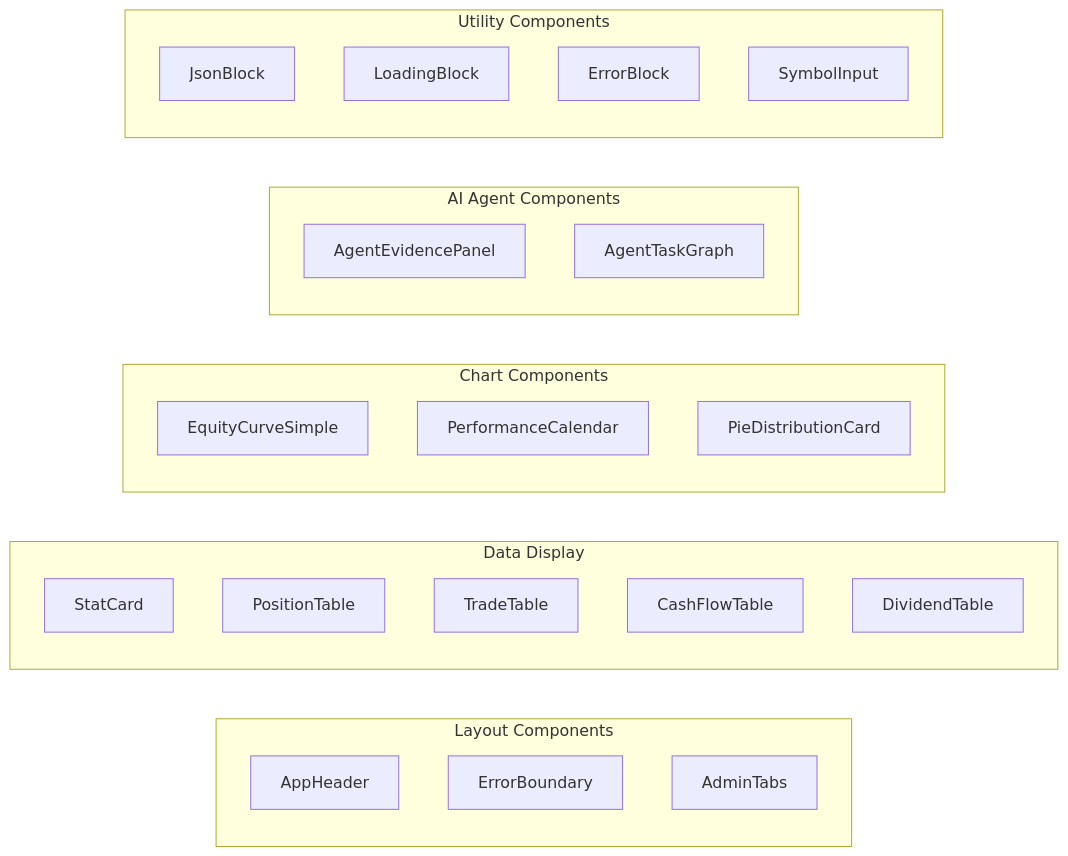
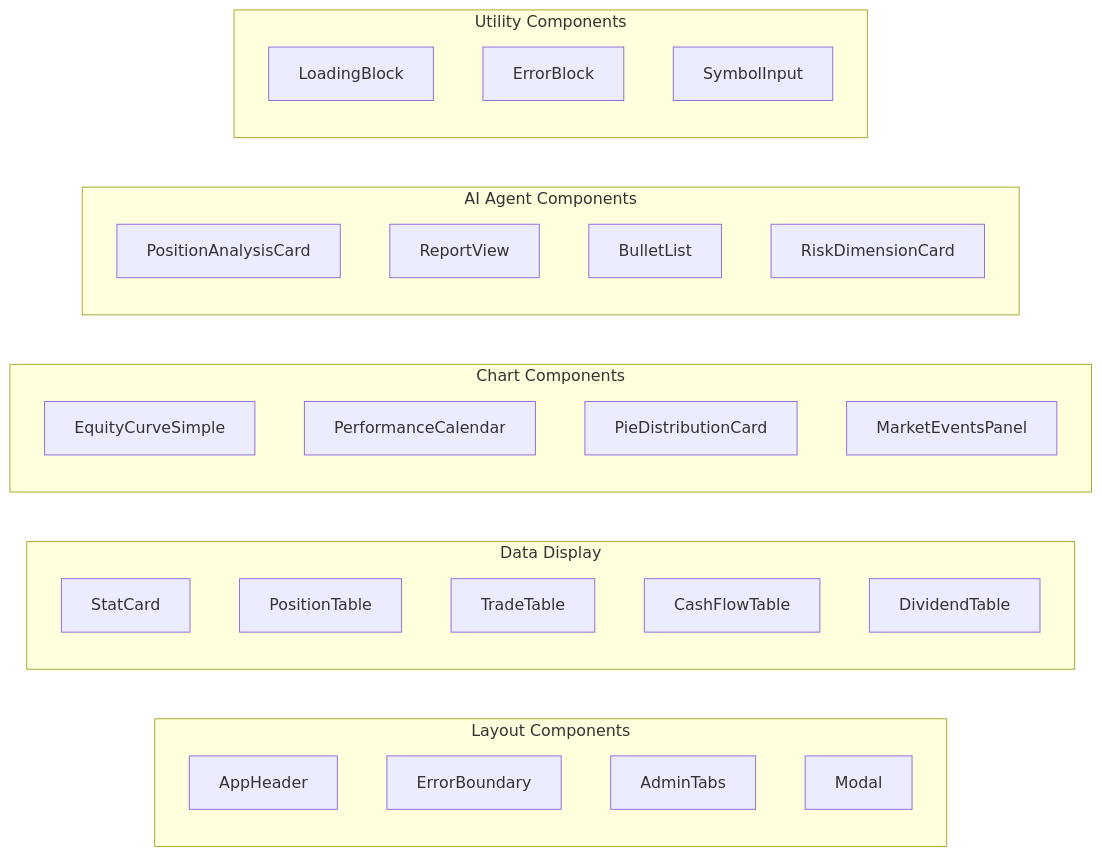
Before and after one commit to XUranus/ibkr-dash: the second of 2 diagrams in docs/docs/frontend/components.md, drawn with Mermaid. The commit also changed other lines of this file and 152 other files, not shown here.

````diff
--- a/docs/docs/frontend/components.md
+++ b/docs/docs/frontend/components.md
@@ -50,34 +48,37 @@
 ```mermaid
 graph LR
     subgraph Layout["Layout Components"]
         AppHeader
         ErrorBoundary
         AdminTabs
+        Modal
     end
 
     subgraph Data["Data Display"]
         StatCard
         PositionTable
         TradeTable
         CashFlowTable
         DividendTable
     end
 
     subgraph Charts["Chart Components"]
         EquityCurveSimple
         PerformanceCalendar
         PieDistributionCard
+        MarketEventsPanel
     end
 
     subgraph AI["AI Agent Components"]
-        AgentEvidencePanel
-        AgentTaskGraph
+        PositionAnalysisCard
+        ReportView
+        BulletList
+        RiskDimensionCard
     end
 
     subgraph Utility["Utility Components"]
-        JsonBlock
         LoadingBlock
         ErrorBlock
         SymbolInput
     end
 ```
````
